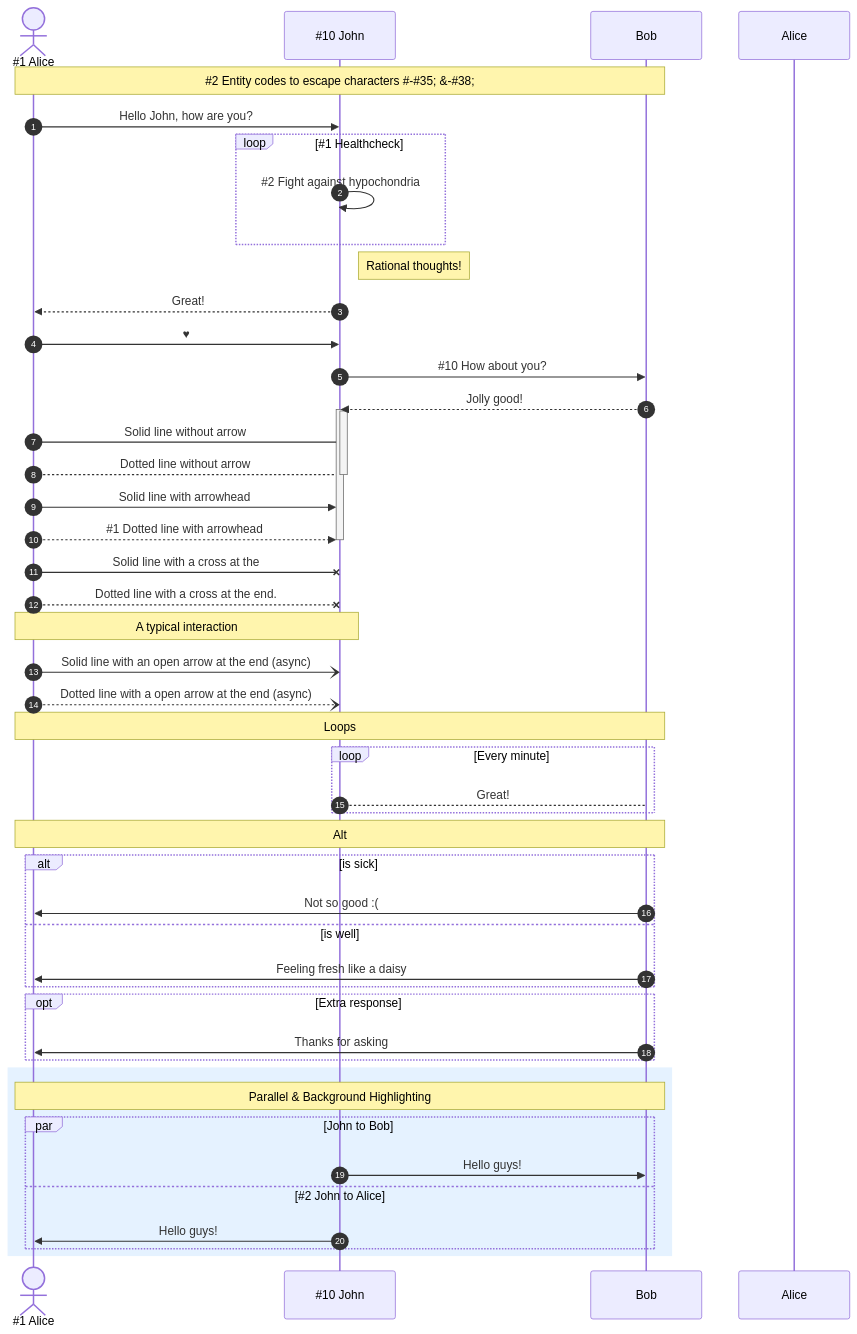
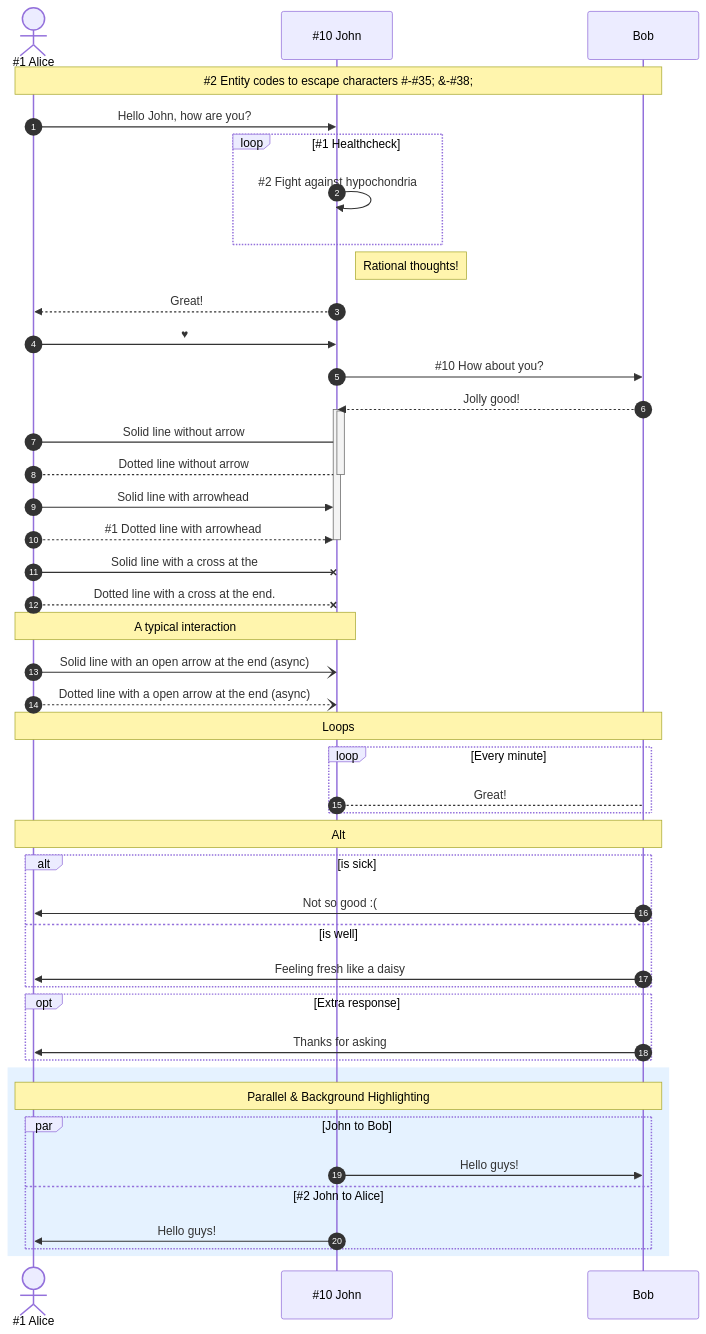
Before and after one commit to sdzialowski-godaddy/mermaid: the sixth of 6 diagrams in README-template.md, drawn with Mermaid. The commit also changed 2 other files, not shown here.

Commit message:
close_dialog

````diff
--- a/README-template.md
+++ b/README-template.md
@@ -122,58 +122,58 @@
 ```mermaid
 sequenceDiagram
     autonumber
     actor A as #35;1 Alice
     participant J as #35;10 John
     participant B as Bob
-    link Alice: Dashboard @ https://dashboard.contoso.com/alice
 Note over A,B: #35;2 Entity codes to escape characters #35;-#35;35#59; #38;-#35;38#59;
 
 A->>J: Hello John, how are you?
 loop #35;1 Healthcheck
     J->>J: #35;2 Fight against hypochondria
 end
 Note right of J: Rational thoughts!
 J-->>A: Great!
 A->>J: #9829;
 J->>B: #35;10 How about you?
 B-->>J: Jolly good!
 %% this is a comment
 activate J
 activate J
 A->J: Solid line without arrow
 A-->J: Dotted line without arrow
 deactivate J
 A->>J: Solid line with arrowhead
 A-->>J: #35;1 Dotted line with arrowhead
 deactivate J
 A-xJ: Solid line with a cross at the
 A--xJ: Dotted line with a cross at the end.
 Note over J,A: A typical interaction
 A-)J: Solid line with an open arrow at the end (async)
 A--)J: Dotted line with a open arrow at the end (async)
 
 Note over A,B: Loops
   loop Every minute
       J-->B: Great!
   end
 
 Note over A,B: Alt
   alt is sick
       B->>A: Not so good :(
   else is well
       B->>A: Feeling fresh like a daisy
   end
 
   opt Extra response
       B->>A: Thanks for asking
   end
 
 rect rgb(191, 223, 255, 0.4)
 Note over A,B: Parallel #38; Background Highlighting
     par John to Bob
         J->>B: Hello guys!
     and #35;2 John to Alice
         J->>A: Hello guys!
     end
 end
+
 ```
````
